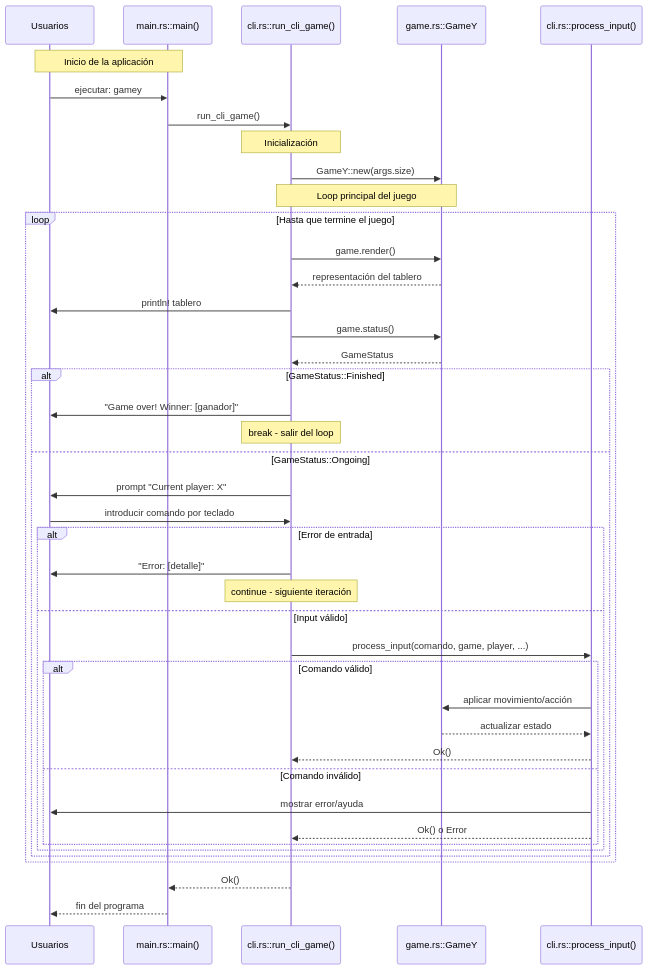
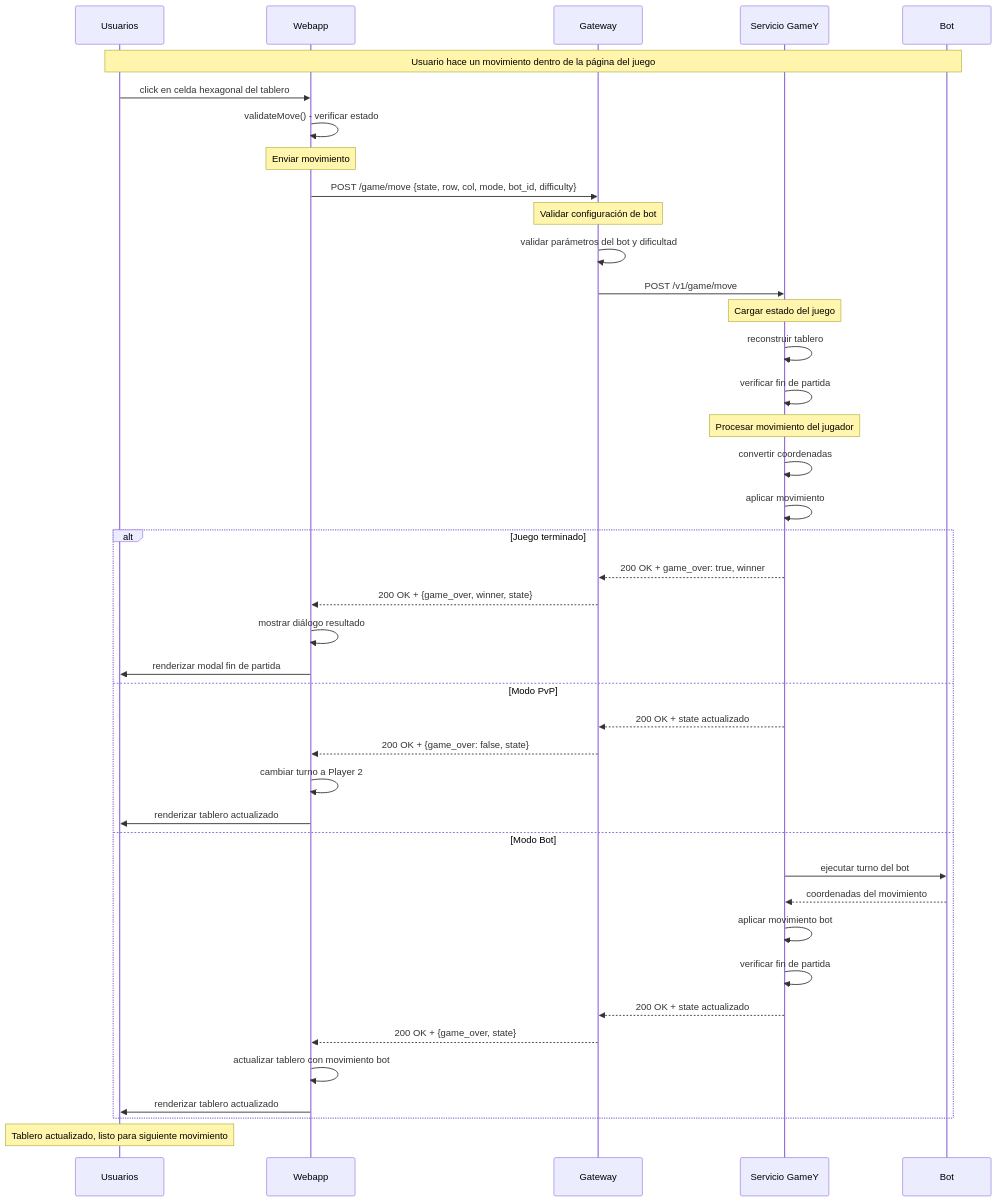
The first of 3 diagrams in docs/src/06_runtime_view.adoc (Arquisoft/yovi_es5c), drawn with Mermaid before and after one commit. The commit also changed other lines of this file, not shown here.

Commit message:
Nuevos diagramas

```diff
--- a/docs/src/06_runtime_view.adoc
+++ b/docs/src/06_runtime_view.adoc
@@ -51,53 +55,51 @@
-[mermaid,"Sequence diagram",png]
+[mermaid,"Sequence diagram Game Move",png]
 ----
 sequenceDiagram
     participant U as Usuarios
-    participant Main as main.rs::main()
-    participant CLI as cli.rs::run_cli_game()
-    participant Game as game.rs::GameY
-    participant PI as cli.rs::process_input()
+    participant W as Webapp 
+    participant G as Gateway
+    participant GY as Servicio GameY 
+    participant Bot as Bot 
 
-    Note over U,Main: Inicio de la aplicación
-    U->>Main: ejecutar: gamey
-    Main->>CLI: run_cli_game()
+    Note over U,Bot: Usuario hace un movimiento dentro de la página del juego
+    U->>W: click en celda hexagonal del tablero
+    W->>W: validateMove() - verificar estado
     
-    Note over CLI: Inicialización
-    CLI->>Game: GameY::new(args.size)
-
-    Note over CLI,Game: Loop principal del juego
-    loop Hasta que termine el juego
-        CLI->>Game: game.render()
-        Game-->>CLI: representación del tablero
-        CLI->>U: println! tablero
-        
-        CLI->>Game: game.status()
-        Game-->>CLI: GameStatus
-        
-        alt GameStatus::Finished
-            CLI->>U: "Game over! Winner: [ganador]"
-            Note over CLI: break - salir del loop
-        else GameStatus::Ongoing
-            CLI->>U: prompt "Current player: X"
-            U->>CLI: introducir comando por teclado
-            
-            alt Error de entrada
-                CLI->>U: "Error: [detalle]"
-                Note over CLI: continue - siguiente iteración
-            else Input válido
-                CLI->>PI: process_input(comando, game, player, ...)
-                
-                alt Comando válido
-                    PI->>Game: aplicar movimiento/acción
-                    Game-->>PI: actualizar estado
-                    PI-->>CLI: Ok()
-                else Comando inválido
-                    PI->>U: mostrar error/ayuda
-                    PI-->>CLI: Ok() o Error
-                end
-            end
-        end
+    Note over W: Enviar movimiento
+    W->>G: POST /game/move {state, row, col, mode, bot_id, difficulty}
+    
+    Note over G: Validar configuración de bot
+    G->>G: validar parámetros del bot y dificultad
+    G->>GY: POST /v1/game/move
+    
+    Note over GY: Cargar estado del juego
+    GY->>GY: reconstruir tablero
+    GY->>GY: verificar fin de partida
+    
+    Note over GY: Procesar movimiento del jugador
+    GY->>GY: convertir coordenadas
+    GY->>GY: aplicar movimiento 
+    
+    alt Juego terminado
+        GY-->>G: 200 OK + game_over: true, winner
+        G-->>W: 200 OK + {game_over, winner, state}
+        W->>W: mostrar diálogo resultado
+        W->>U: renderizar modal fin de partida
+    else Modo PvP
+        GY-->>G: 200 OK + state actualizado
+        G-->>W: 200 OK + {game_over: false, state}
+        W->>W: cambiar turno a Player 2
+        W->>U: renderizar tablero actualizado
+    else Modo Bot
+        GY->>Bot: ejecutar turno del bot
+        Bot-->>GY: coordenadas del movimiento
+        GY->>GY: aplicar movimiento bot
+        GY->>GY: verificar fin de partida
+        GY-->>G: 200 OK + state actualizado
+        G-->>W: 200 OK + {game_over, state}
+        W->>W: actualizar tablero con movimiento bot
+        W->>U: renderizar tablero actualizado
     end
     
-    CLI-->>Main: Ok()
-    Main-->>U: fin del programa
+    Note over U: Tablero actualizado, listo para siguiente movimiento
 ----
```
